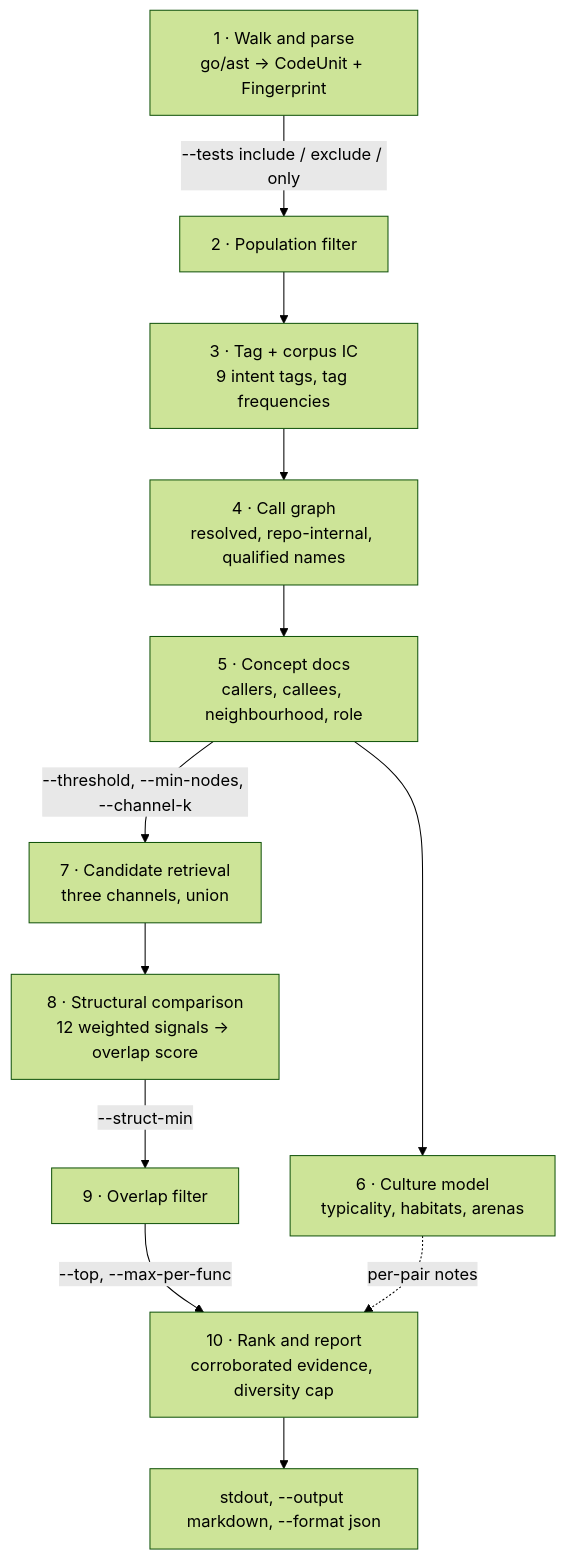
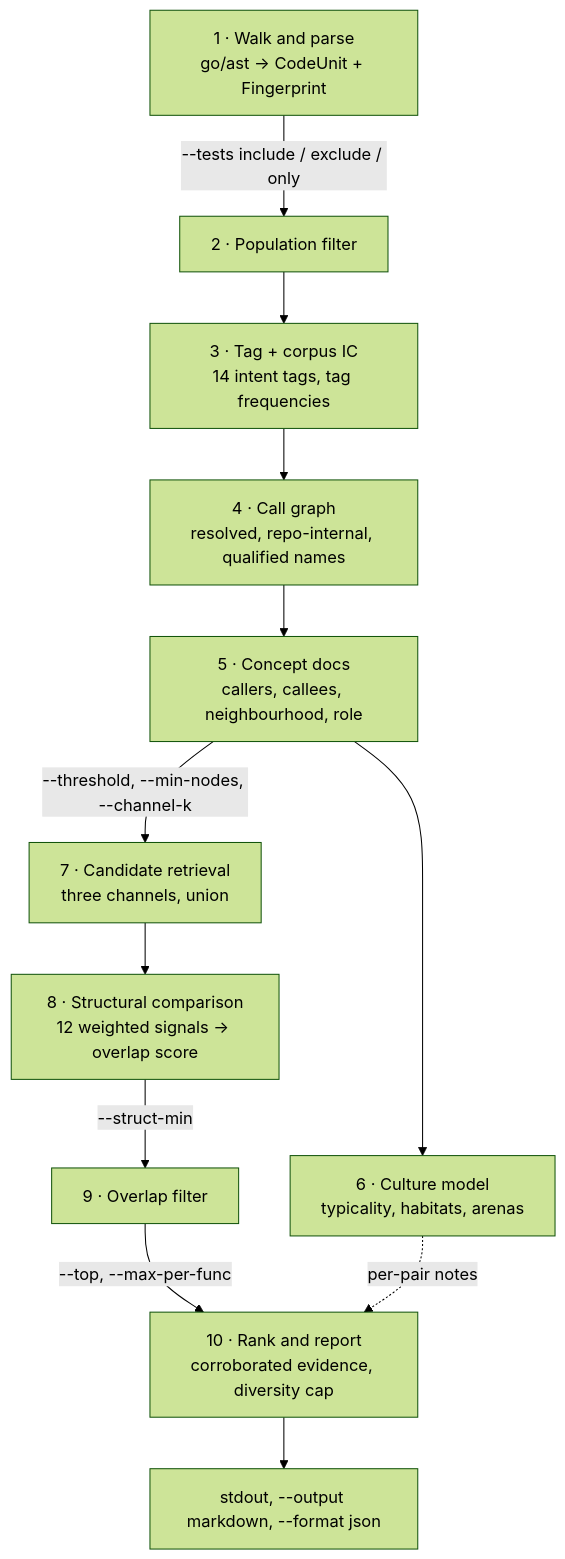
The first of 7 diagrams in .github/wiki/how-it-works.md (LukasSelin/doppel), drawn with Mermaid (forest theme) before and after one commit. The commit also changed other lines of this file and 21 other files, not shown here.

````diff
--- a/.github/wiki/how-it-works.md
+++ b/.github/wiki/how-it-works.md
@@ -9,24 +9,24 @@
 ```mermaid
 flowchart TD
     parse["1 · Walk and parse<br/>go/ast → CodeUnit + Fingerprint"]
     pop["2 · Population filter"]
-    tag["3 · Tag + corpus IC<br/>9 intent tags, tag frequencies"]
+    tag["3 · Tag + corpus IC<br/>14 intent tags, tag frequencies"]
     cg["4 · Call graph<br/>resolved, repo-internal, qualified names"]
     docs["5 · Concept docs<br/>callers, callees, neighbourhood, role"]
     cult["6 · Culture model<br/>typicality, habitats, arenas"]
     ret["7 · Candidate retrieval<br/>three channels, union"]
     cmp["8 · Structural comparison<br/>12 weighted signals → overlap score"]
     filt["9 · Overlap filter"]
     rank["10 · Rank and report<br/>corroborated evidence, diversity cap"]
     out["stdout, --output markdown, --format json"]
 
     parse -->|"--tests include / exclude / only"| pop
     pop --> tag --> cg --> docs
     docs --> cult
     docs -->|"--threshold, --min-nodes, --channel-k"| ret
     ret --> cmp
     cmp -->|"--struct-min"| filt
     filt -->|"--top, --max-per-func"| rank
     cult -.->|"per-pair notes"| rank
     rank --> out
 ```
````
